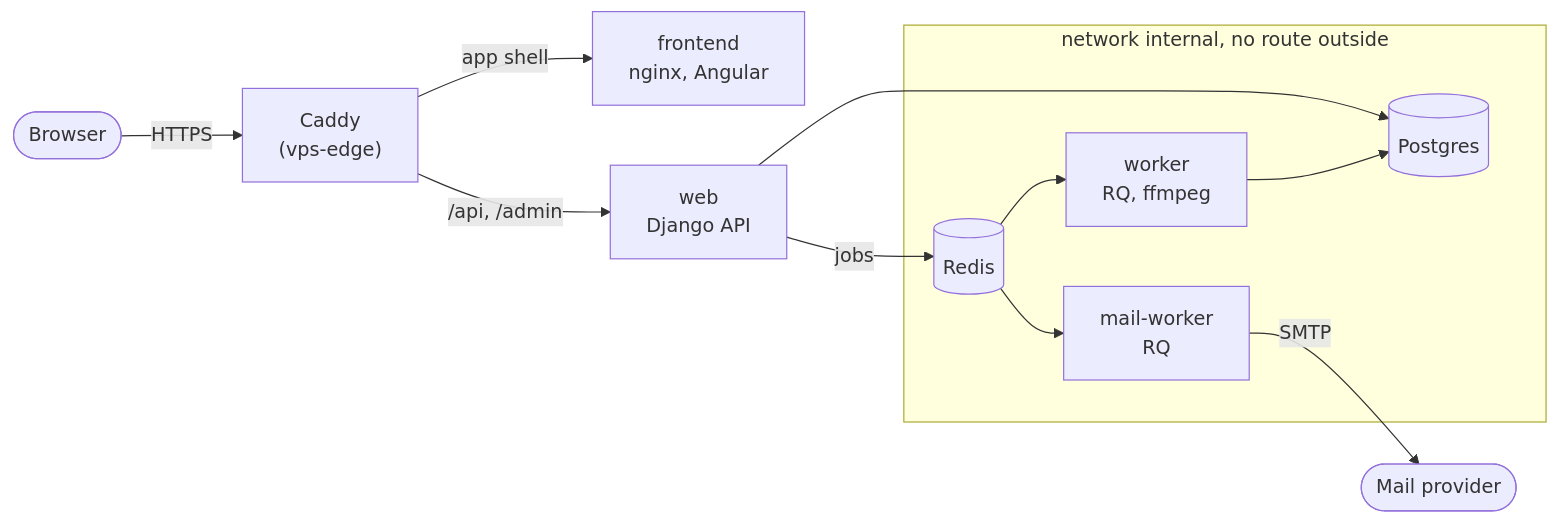
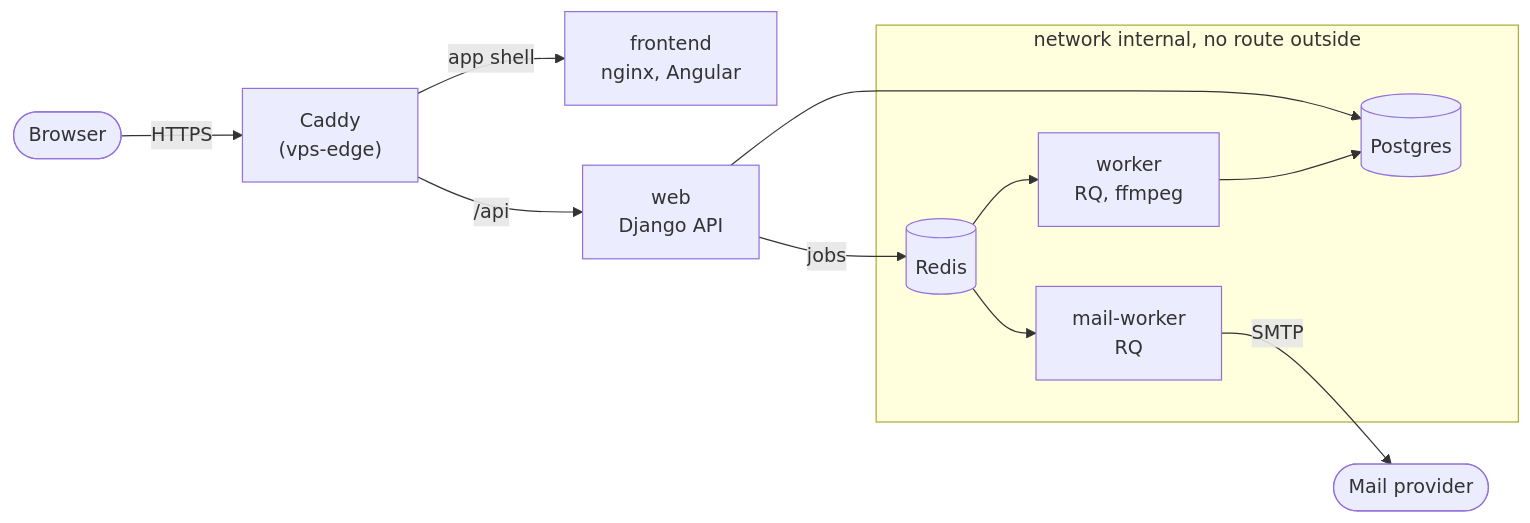
The diagram in README.md (PhilippKlinger/videoflix-deploy), drawn with Mermaid before and after one commit. The commit also changed other lines of this file and 3 other files, not shown here.

````diff
--- a/README.md
+++ b/README.md
@@ -30,18 +30,18 @@
 ```mermaid
 flowchart LR
     browser([Browser]) -->|HTTPS| caddy["Caddy<br/>(vps-edge)"]
     caddy -- "app shell" --> frontend["frontend<br/>nginx, Angular"]
-    caddy -- "/api, /admin" --> web["web<br/>Django API"]
+    caddy -- "/api" --> web["web<br/>Django API"]
     subgraph internal [network internal, no route outside]
         db[(Postgres)]
         redis[(Redis)]
         worker["worker<br/>RQ, ffmpeg"]
         mail["mail-worker<br/>RQ"]
     end
     web --> db
     web -- jobs --> redis
     redis --> worker
     redis --> mail
     worker --> db
     mail -- SMTP --> smtp([Mail provider])
 ```
````
